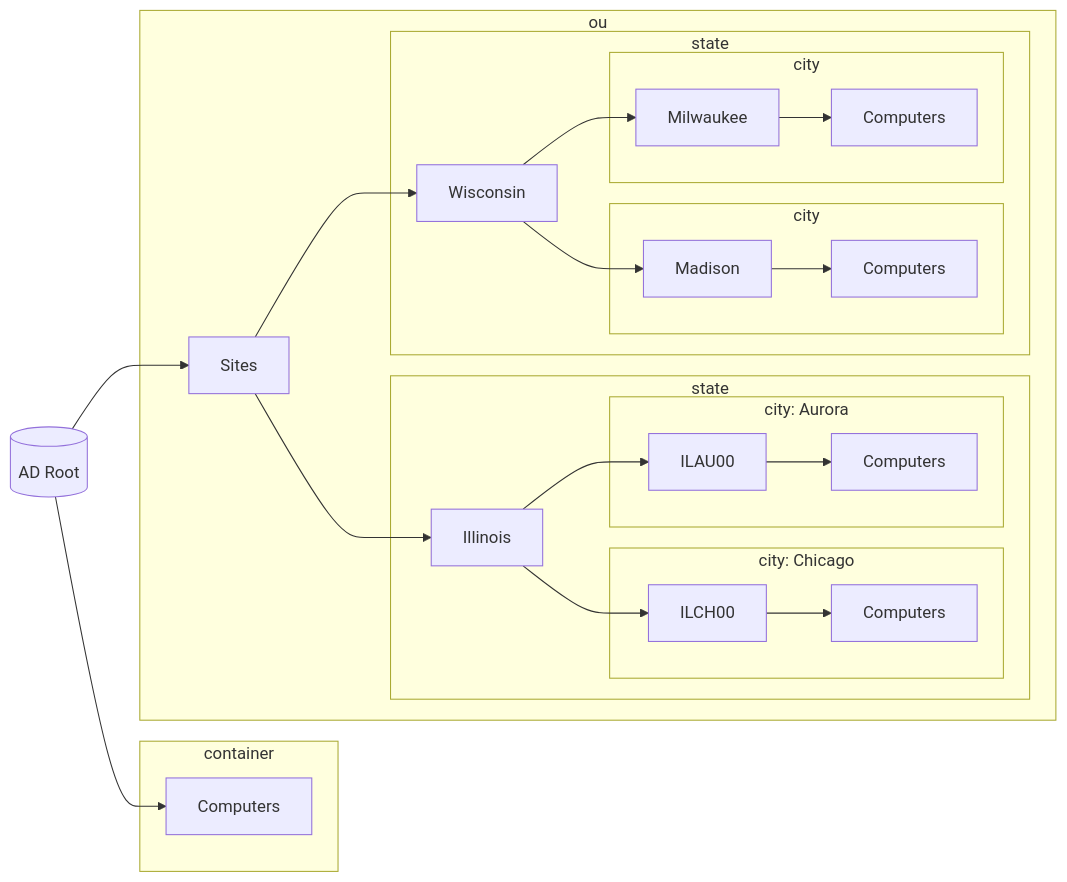
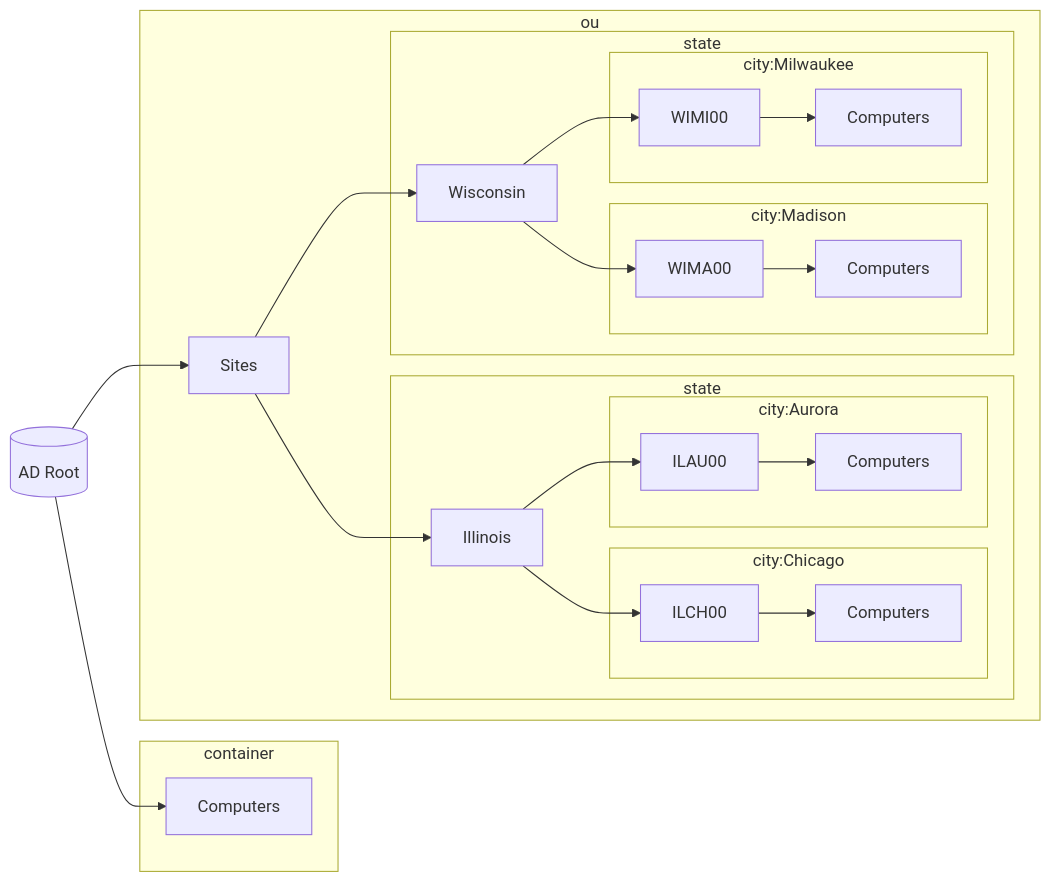
The diagram in powershell-scripts/Move-ComputersByStateSiteCode/README.md (emerconnelly/sysadmin), drawn with Mermaid before and after one commit. The commit also changed other lines of this file, not shown here.

````diff
--- a/powershell-scripts/Move-ComputersByStateSiteCode/README.md
+++ b/powershell-scripts/Move-ComputersByStateSiteCode/README.md
@@ -14,33 +13,33 @@
 ```mermaid
 flowchart LR
     ad1[(AD Root)]
     ad1 --> computers1[Computers]
         subgraph container1[container]
         computers1
         end
     ad1 --> Sites
         subgraph ou1[ou]
         Sites --> Illinois
             subgraph state1[state]
             Illinois --> ILCH00
-                subgraph city1[city: Chicago]
+                subgraph city1[city:Chicago]
                 ILCH00 --> computer1[Computers]
                 end
             Illinois --> ILAU00
-                subgraph city2[city: Aurora]
+                subgraph city2[city:Aurora]
                 ILAU00 --> computer2[Computers]
                 end
             end
         Sites --> Wisconsin
             subgraph state2[state]
-            Wisconsin --> Madison
-                subgraph city3[city]
-                Madison --> computer3[Computers]
+            Wisconsin --> WIMA00
+                subgraph city3[city:Madison]
+                WIMA00 --> computer3[Computers]
                 end
-            Wisconsin --> Milwaukee
-                subgraph city4[city]
-                Milwaukee --> computer4[Computers]
+            Wisconsin --> WIMI00
+                subgraph city4[city:Milwaukee]
+                WIMI00 --> computer4[Computers]
                 end
             end
         end
 ```
````
